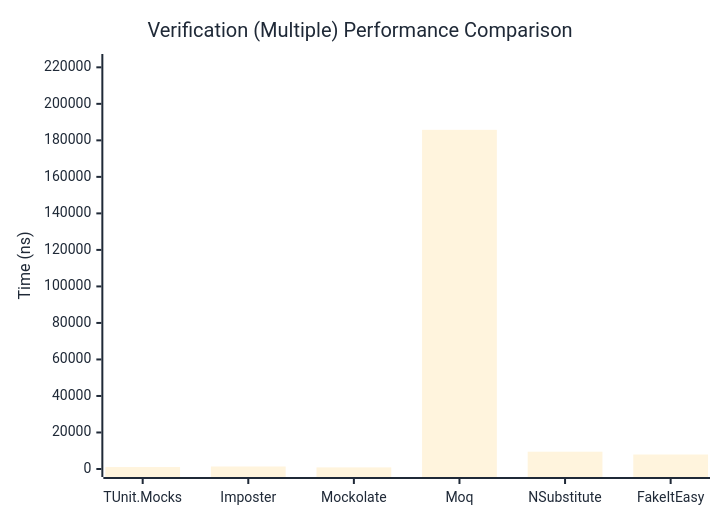
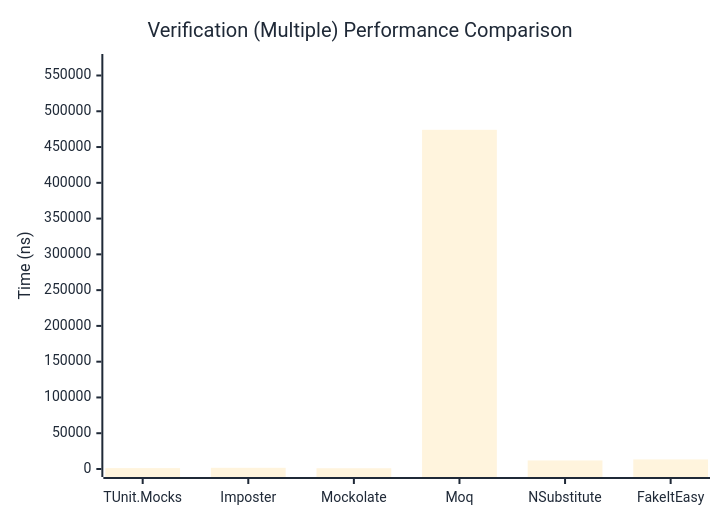
The third of 3 diagrams in docs/docs/benchmarks/mocks/Verification.md (thomhurst/TUnit), drawn with Mermaid before and after one commit. The commit also changed other lines of this file and 14 other files, not shown here.

````diff
--- a/docs/docs/benchmarks/mocks/Verification.md
+++ b/docs/docs/benchmarks/mocks/Verification.md
@@ -112,27 +112,27 @@
 ```mermaid
 %%{init: {
   'theme':'base',
   'themeVariables': {
     'primaryColor': '#2563eb',
     'primaryTextColor': '#1f2937',
     'primaryBorderColor': '#1e40af',
     'lineColor': '#6b7280',
     'secondaryColor': '#7c3aed',
     'tertiaryColor': '#dc2626',
     'background': '#ffffff',
     'pie1': '#2563eb',
     'pie2': '#7c3aed',
     'pie3': '#dc2626',
     'pie4': '#f59e0b',
     'pie5': '#10b981',
     'pie6': '#06b6d4',
     'pie7': '#ec4899',
     'pie8': '#6366f1'
   }
 }}%%
 xychart-beta
   title "Verification (Multiple) Performance Comparison"
   x-axis ["TUnit.Mocks", "Imposter", "Mockolate", "Moq", "NSubstitute", "FakeItEasy"]
-  y-axis "Time (ns)" 0 --> 222916
-  bar [1063.01, 1374.61, 886.51, 185762.85, 9474.16, 7937.4]
+  y-axis "Time (ns)" 0 --> 568865
+  bar [1249.41, 1652.11, 1054.37, 474054.16, 11975.96, 13382.54]
 ```
````
